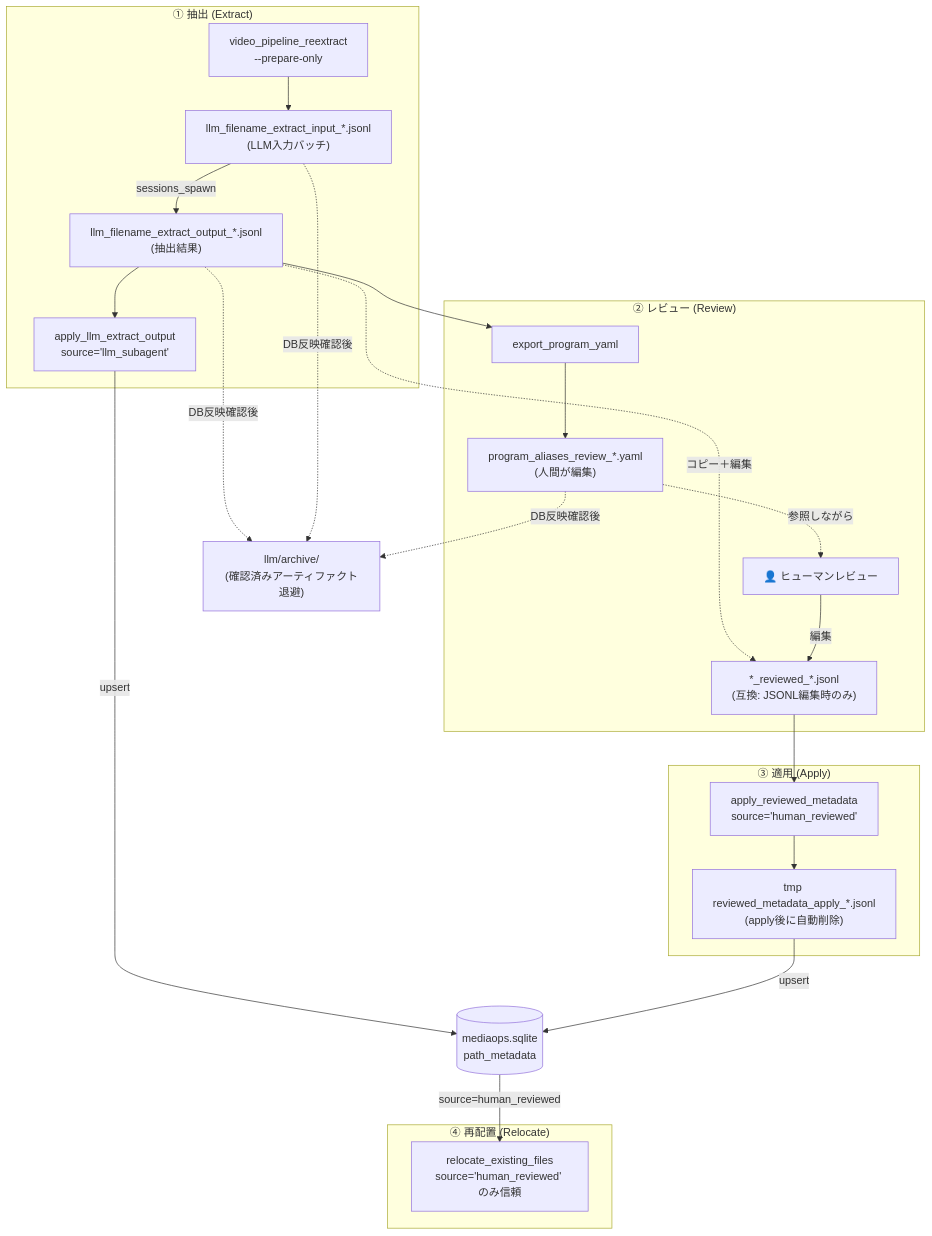
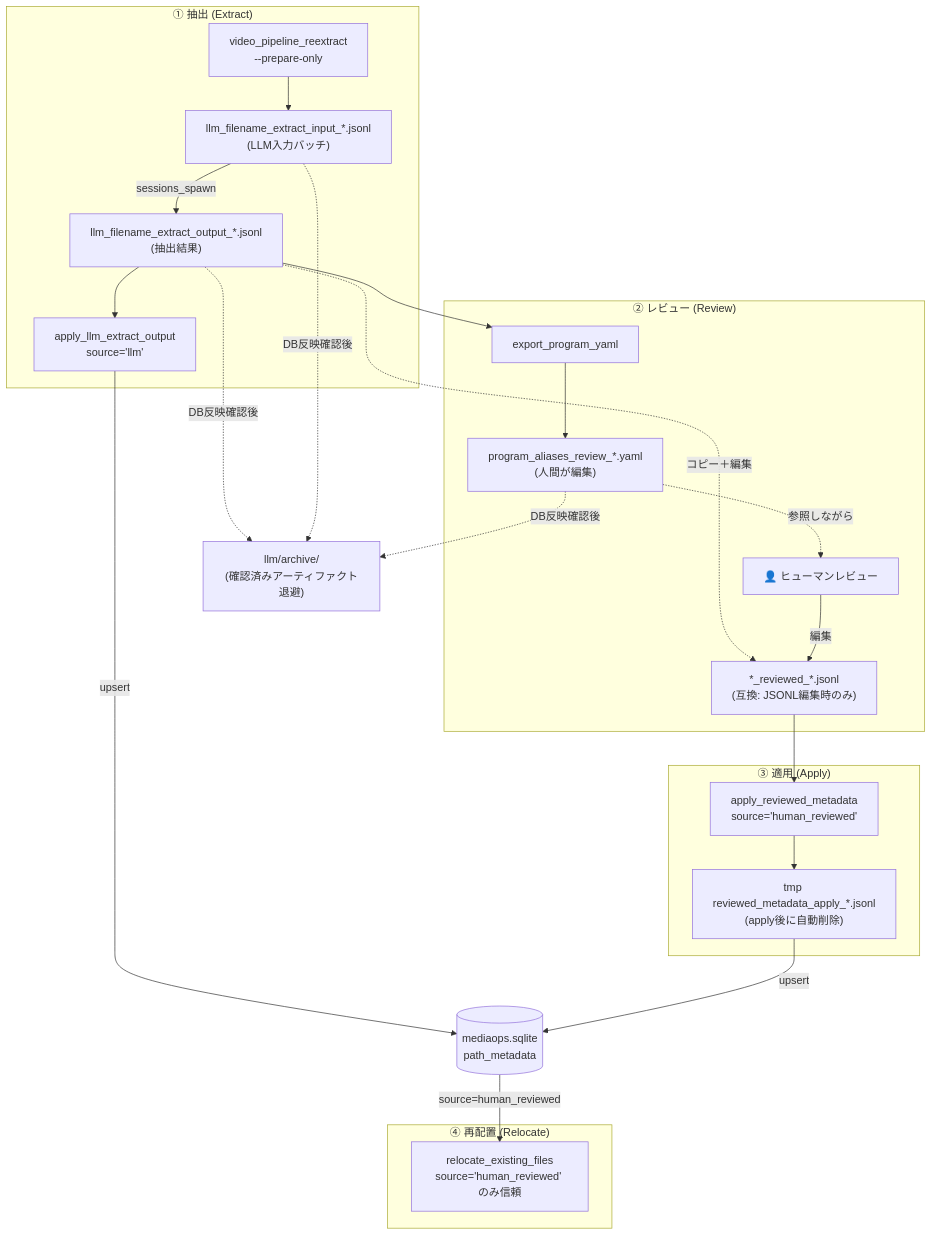
One commit to NEXTAltair/video-library-pipeline changed the seventh of 10 diagrams in README.md. Above: the diagram before and after it, drawn with Mermaid. The commit also changed other lines of this file and 4 other files, not shown here.

````diff
--- a/README.md
+++ b/README.md
@@ -554,44 +557,44 @@
 ```mermaid
 flowchart TD
     subgraph "① 抽出 (Extract)"
         REEXTRACT["video_pipeline_reextract<br/>--prepare-only"]
         INPUT_JSONL["llm_filename_extract_input_*.jsonl<br/>(LLM入力バッチ)"]
         OUTPUT_JSONL["llm_filename_extract_output_*.jsonl<br/>(抽出結果)"]
-        APPLY_LLM["apply_llm_extract_output<br/>source='llm_subagent'"]
+        APPLY_LLM["apply_llm_extract_output<br/>source='llm'"]
     end
 
     subgraph "② レビュー (Review)"
         EXPORT_YAML["export_program_yaml"]
         REVIEW_YAML["program_aliases_review_*.yaml<br/>(人間が編集)"]
         EDITED_JSONL["*_reviewed_*.jsonl<br/>(互換: JSONL編集時のみ)"]
         HUMAN["👤 ヒューマンレビュー"]
     end
 
     subgraph "③ 適用 (Apply)"
         APPLY_REV["apply_reviewed_metadata<br/>source='human_reviewed'"]
         STAMPED["tmp reviewed_metadata_apply_*.jsonl<br/>(apply後に自動削除)"]
     end
 
     subgraph "④ 再配置 (Relocate)"
         RELOCATE["relocate_existing_files<br/>source='human_reviewed' のみ信頼"]
     end
 
     DB[("mediaops.sqlite<br/>path_metadata")]
     ARCHIVE["llm/archive/<br/>(確認済みアーティファクト退避)"]
 
     REEXTRACT --> INPUT_JSONL
     INPUT_JSONL -->|sessions_spawn| OUTPUT_JSONL
     OUTPUT_JSONL --> APPLY_LLM -->|upsert| DB
 
     OUTPUT_JSONL --> EXPORT_YAML --> REVIEW_YAML
     OUTPUT_JSONL -.->|コピー＋編集| EDITED_JSONL
     REVIEW_YAML -.->|参照しながら| HUMAN
     HUMAN -->|編集| EDITED_JSONL
 
     EDITED_JSONL --> APPLY_REV --> STAMPED -->|upsert| DB
     DB -->|source=human_reviewed| RELOCATE
 
     OUTPUT_JSONL -.->|DB反映確認後| ARCHIVE
     INPUT_JSONL -.->|DB反映確認後| ARCHIVE
     REVIEW_YAML -.->|DB反映確認後| ARCHIVE
 ```
````
